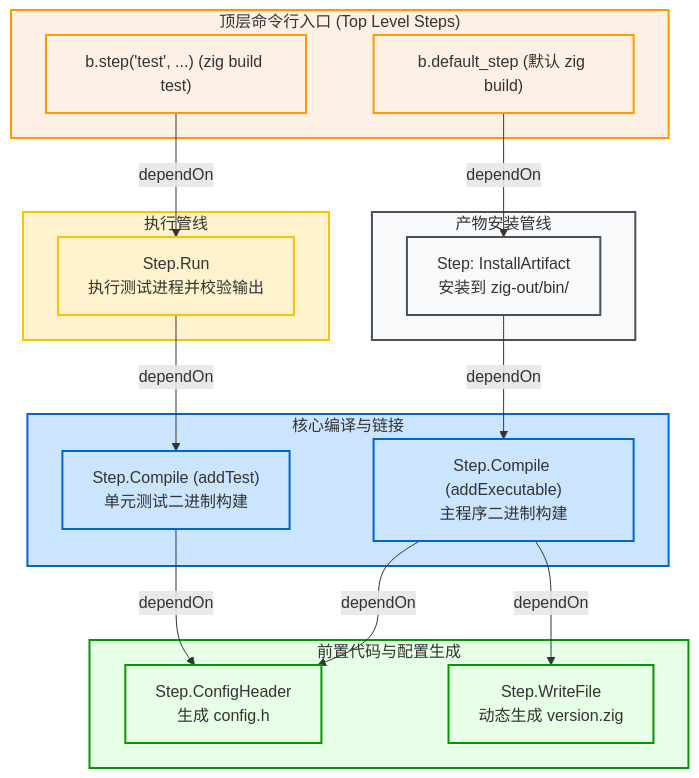
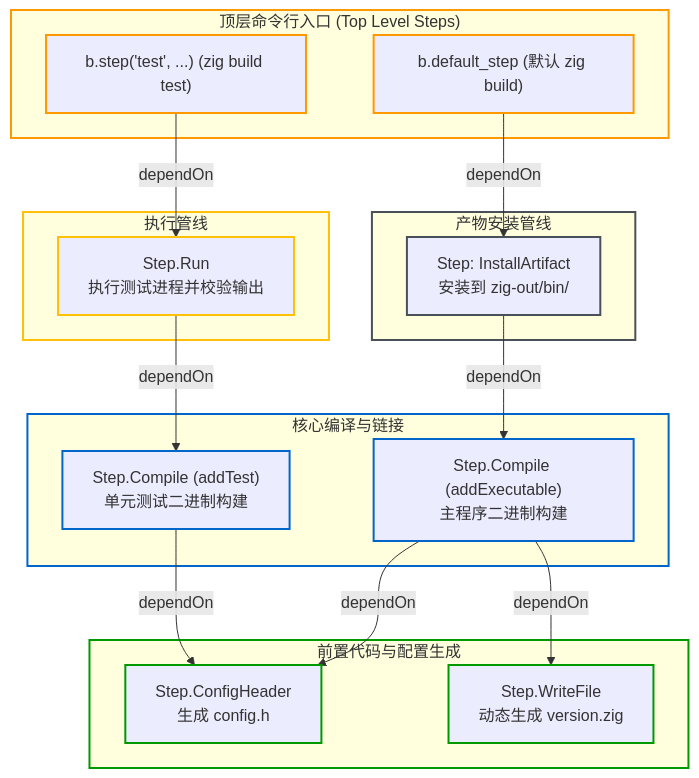
One commit to jiacai2050/x changed the diagram in zig-build/src/concepts/step-and-dag.md. Above: the diagram before and after it, drawn with Mermaid. The commit also changed 65 other files, not shown here.

````diff
--- a/zig-build/src/concepts/step-and-dag.md
+++ b/zig-build/src/concepts/step-and-dag.md
@@ -72,49 +72,49 @@
 ```mermaid
 graph TD
     subgraph S_Top ["顶层命令行入口 (Top Level Steps)"]
         TL_Install["b.default_step (默认 zig build)"]
         TL_Test["b.step('test', ...) (zig build test)"]
     end
 
     subgraph S_Install ["产物安装管线"]
         S_Art["Step: InstallArtifact<br/>安装到 zig-out/bin/"]
     end
 
     subgraph S_Compile ["核心编译与链接"]
         S_CompExe["Step.Compile (addExecutable)<br/>主程序二进制构建"]
         S_CompTest["Step.Compile (addTest)<br/>单元测试二进制构建"]
     end
 
     subgraph S_Prebuild ["前置代码与配置生成"]
         S_Cfg["Step.ConfigHeader<br/>生成 config.h"]
         S_Gen["Step.WriteFile<br/>动态生成 version.zig"]
     end
 
     subgraph S_Run ["执行管线"]
         S_RunTest["Step.Run<br/>执行测试进程并校验输出"]
     end
 
     TL_Install -- "dependOn" --> S_Art
     S_Art -- "dependOn" --> S_CompExe
     S_CompExe -- "dependOn" --> S_Cfg
     S_CompExe -- "dependOn" --> S_Gen
 
     TL_Test -- "dependOn" --> S_RunTest
     S_RunTest -- "dependOn" --> S_CompTest
     S_CompTest -- "dependOn" --> S_Cfg
 
-    classDef default fill:#f8f9fa,stroke:#495057;
-    style S_Top fill:#fff0e6,stroke:#ff9900,stroke-width:2px;
-    style S_Install fill:#f8f9fa,stroke:#495057,stroke-width:2px;
-    style S_Compile fill:#cce5ff,stroke:#0066cc,stroke-width:2px;
-    style S_Prebuild fill:#e6ffe6,stroke:#009900,stroke-width:2px;
-    style S_Run fill:#fff3cd,stroke:#ffc107,stroke-width:2px;
-    style TL_Install fill:#fff0e6,stroke:#ff9900,stroke-width:2px;
-    style TL_Test fill:#fff0e6,stroke:#ff9900,stroke-width:2px;
-    style S_Art fill:#f8f9fa,stroke:#495057,stroke-width:2px;
-    style S_CompExe fill:#cce5ff,stroke:#0066cc,stroke-width:2px;
-    style S_CompTest fill:#cce5ff,stroke:#0066cc,stroke-width:2px;
-    style S_Cfg fill:#e6ffe6,stroke:#009900,stroke-width:2px;
-    style S_Gen fill:#e6ffe6,stroke:#009900,stroke-width:2px;
-    style S_RunTest fill:#fff3cd,stroke:#ffc107,stroke-width:2px;
+    classDef default stroke:#495057;
+    style S_Top stroke:#ff9900,stroke-width:2px;
+    style S_Install stroke:#495057,stroke-width:2px;
+    style S_Compile stroke:#0066cc,stroke-width:2px;
+    style S_Prebuild stroke:#009900,stroke-width:2px;
+    style S_Run stroke:#ffc107,stroke-width:2px;
+    style TL_Install stroke:#ff9900,stroke-width:2px;
+    style TL_Test stroke:#ff9900,stroke-width:2px;
+    style S_Art stroke:#495057,stroke-width:2px;
+    style S_CompExe stroke:#0066cc,stroke-width:2px;
+    style S_CompTest stroke:#0066cc,stroke-width:2px;
+    style S_Cfg stroke:#009900,stroke-width:2px;
+    style S_Gen stroke:#009900,stroke-width:2px;
+    style S_RunTest stroke:#ffc107,stroke-width:2px;
 ```
````
